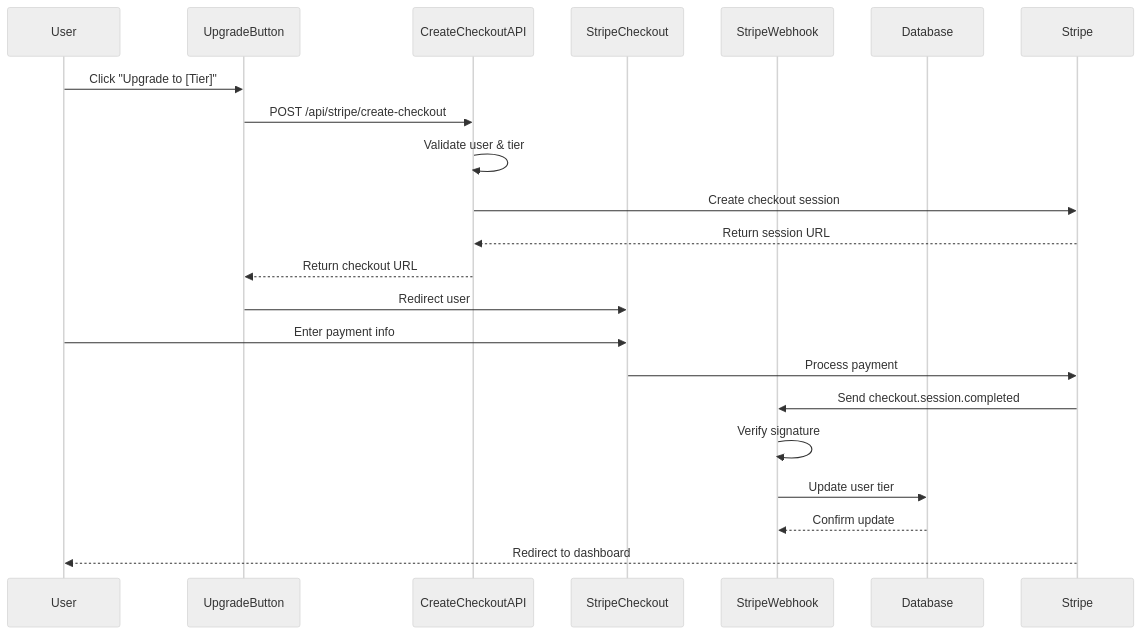
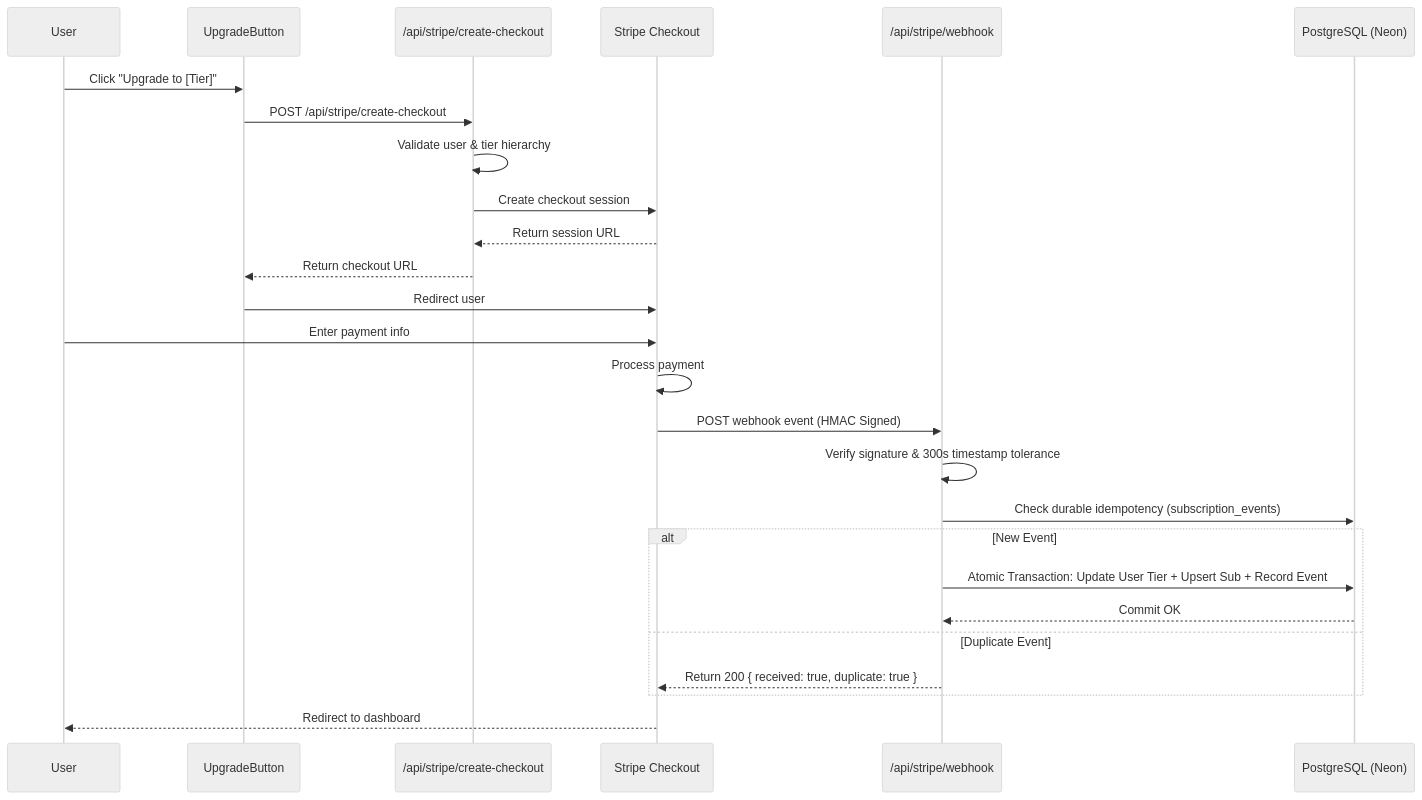
One commit to Abdullah931-stack/LUGX changed the diagram in docs/guides/STRIPE_INTEGRATION.md. Above: the diagram before and after it, drawn with Mermaid (neutral theme). The commit also changed other lines of this file and 17 other files, not shown here.

First line of the commit message:
feat(stripe): implement durable idempotency, atomic transitions, and update docs (v1.9.0)

````diff
--- a/docs/guides/STRIPE_INTEGRATION.md
+++ b/docs/guides/STRIPE_INTEGRATION.md
@@ -11,24 +11,29 @@
 ```mermaid
 sequenceDiagram
     participant User
     participant UpgradeButton
-    participant CreateCheckoutAPI
-    participant StripeCheckout
-    participant StripeWebhook
-    participant Database
+    participant CreateCheckoutAPI as /api/stripe/create-checkout
+    participant StripeCheckout as Stripe Checkout
+    participant StripeWebhook as /api/stripe/webhook
+    participant DB as PostgreSQL (Neon)
 
     User->>UpgradeButton: Click "Upgrade to [Tier]"
     UpgradeButton->>CreateCheckoutAPI: POST /api/stripe/create-checkout
-    CreateCheckoutAPI->>CreateCheckoutAPI: Validate user & tier
-    CreateCheckoutAPI->>Stripe: Create checkout session
-    Stripe-->>CreateCheckoutAPI: Return session URL
+    CreateCheckoutAPI->>CreateCheckoutAPI: Validate user & tier hierarchy
+    CreateCheckoutAPI->>StripeCheckout: Create checkout session
+    StripeCheckout-->>CreateCheckoutAPI: Return session URL
     CreateCheckoutAPI-->>UpgradeButton: Return checkout URL
     UpgradeButton->>StripeCheckout: Redirect user
     User->>StripeCheckout: Enter payment info
-    StripeCheckout->>Stripe: Process payment
-    Stripe->>StripeWebhook: Send checkout.session.completed
-    StripeWebhook->>StripeWebhook: Verify signature
-    StripeWebhook->>Database: Update user tier
-    Database-->>StripeWebhook: Confirm update
-    Stripe-->>User: Redirect to dashboard
+    StripeCheckout->>StripeCheckout: Process payment
+    StripeCheckout->>StripeWebhook: POST webhook event (HMAC Signed)
+    StripeWebhook->>StripeWebhook: Verify signature & 300s timestamp tolerance
+    StripeWebhook->>DB: Check durable idempotency (subscription_events)
+    alt New Event
+        StripeWebhook->>DB: Atomic Transaction: Update User Tier + Upsert Sub + Record Event
+        DB-->>StripeWebhook: Commit OK
+    else Duplicate Event
+        StripeWebhook-->>StripeCheckout: Return 200 { received: true, duplicate: true }
+    end
+    StripeCheckout-->>User: Redirect to dashboard
 ```
````
